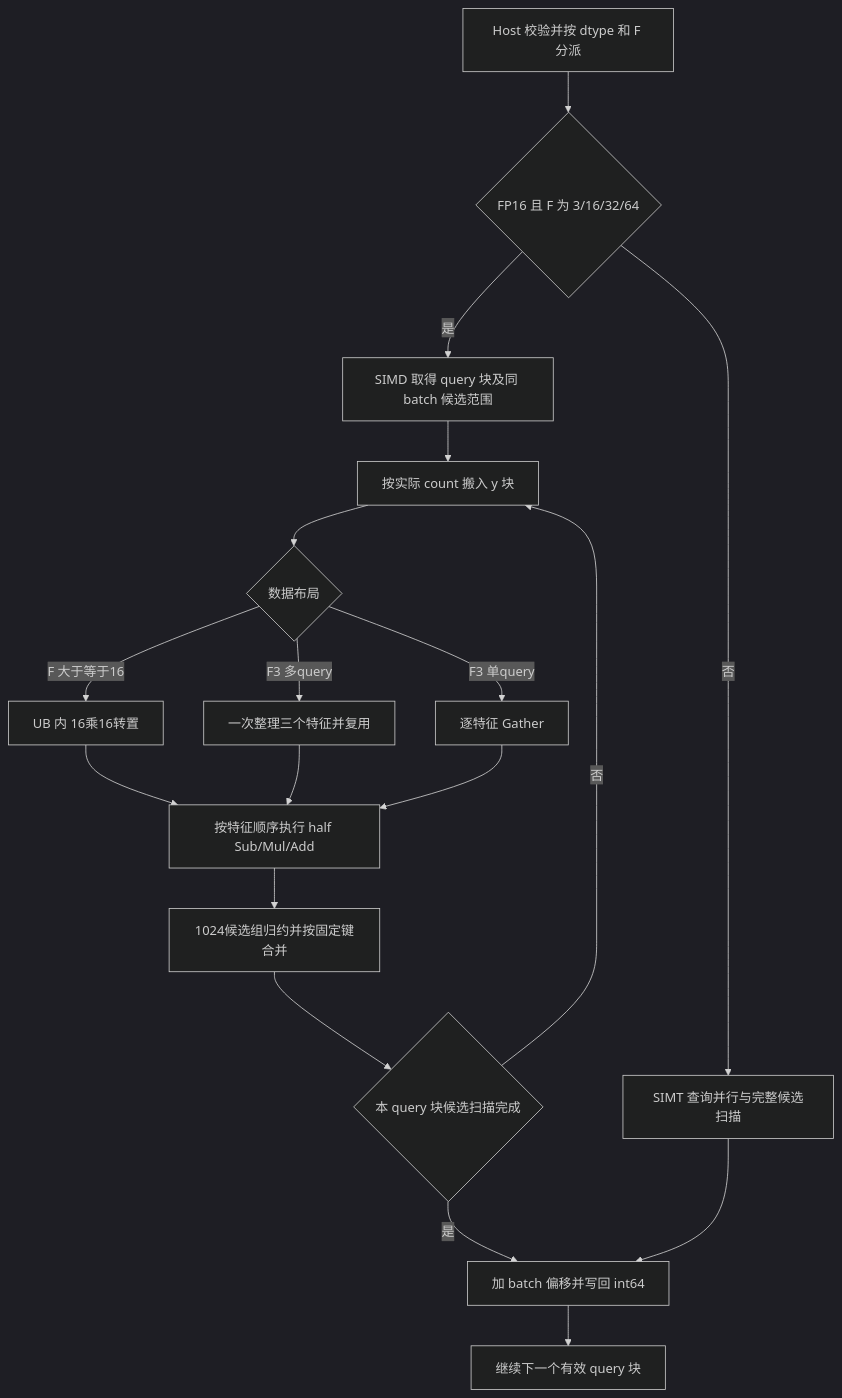
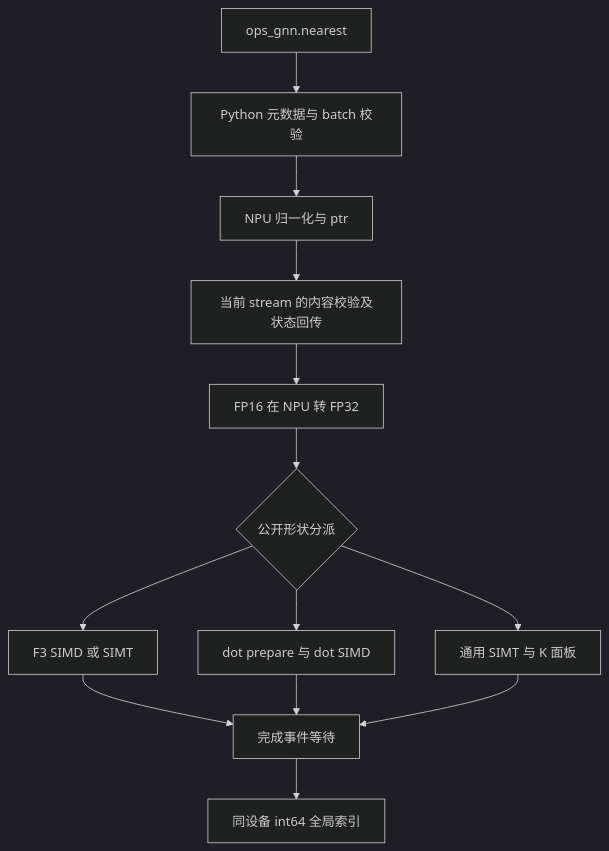
Before and after one commit to hicann/cann-ops-competitions: the second of 2 diagrams in 04_tasks/01_community-task-2026/tasklist/09-37-nearest-950/transient_coder/docs/design.md, drawn with Mermaid (dark theme). The commit also changed other lines of this file, not shown here.

First paragraph of the commit message:
【CANN社区任务】nearest 950 设计 v0.5：c25 CPU口径与实测修订

````diff
--- a/04_tasks/01_community-task-2026/tasklist/09-37-nearest-950/transient_coder/docs/design.md
+++ b/04_tasks/01_community-task-2026/tasklist/09-37-nearest-950/transient_coder/docs/design.md
@@ -190,20 +80,15 @@
 ```mermaid
 flowchart TD
-    A[Host 校验并按 dtype 和 F 分派] --> B{FP16 且 F 为 3/16/32/64}
-    B -->|否| C[SIMT 查询并行与完整候选扫描]
-    B -->|是| D[SIMD 取得 query 块及同 batch 候选范围]
-    D --> E[按实际 count 搬入 y 块]
-    E --> F{数据布局}
-    F -->|F 大于等于16| G[UB 内 16乘16转置]
-    F -->|F3 多query| H[一次整理三个特征并复用]
-    F -->|F3 单query| I[逐特征 Gather]
-    G --> J[按特征顺序执行 half Sub/Mul/Add]
+    A[ops_gnn.nearest] --> B[Python 元数据与 batch 校验]
+    B --> C[NPU 归一化与 ptr]
+    C --> D[当前 stream 的内容校验及状态回传]
+    D --> E[FP16 在 NPU 转 FP32]
+    E --> F{公开形状分派}
+    F --> G[F3 SIMD 或 SIMT]
+    F --> H[dot prepare 与 dot SIMD]
+    F --> I[通用 SIMT 与 K 面板]
+    G --> J[完成事件等待]
     H --> J
     I --> J
-    J --> K[1024候选组归约并按固定键合并]
-    K --> L{本 query 块候选扫描完成}
-    L -->|否| E
-    L -->|是| M[加 batch 偏移并写回 int64]
-    C --> M
-    M --> N[继续下一个有效 query 块]
+    J --> K[同设备 int64 全局索引]
 ```
````
